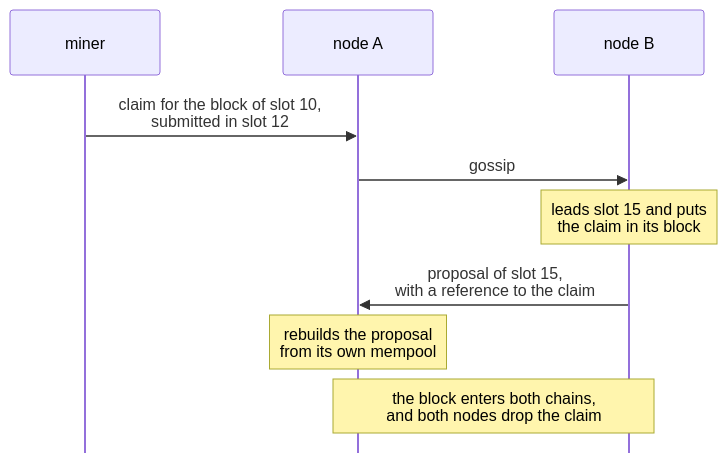
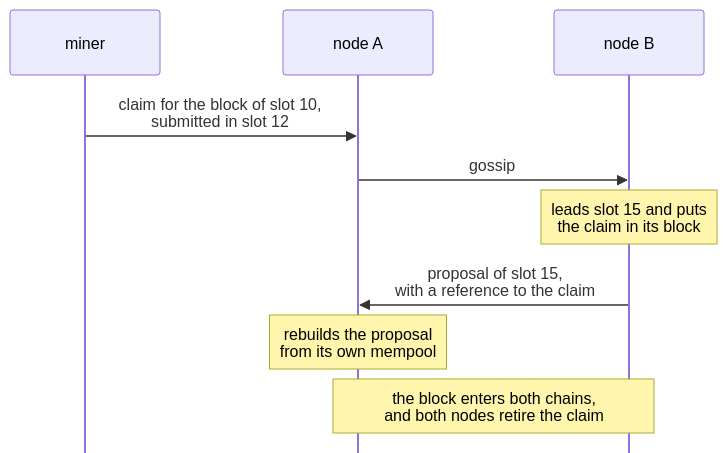
Before and after one commit to logos-co/logos-lips: the first of 3 diagrams in docs/blockchain/raw/mempool.md, drawn with Mermaid. The commit also changed other lines of this file and 1 other file, not shown here.

````diff
--- a/docs/blockchain/raw/mempool.md
+++ b/docs/blockchain/raw/mempool.md
@@ -45,17 +45,17 @@
 ```mermaid
 ---
 config:
   sequence:
     mirrorActors: false
 ---
 sequenceDiagram
     participant M as miner
     participant A as node A
     participant B as node B
     M->>A: claim for the block of slot 10,<br/>submitted in slot 12
     A->>B: gossip
     Note over B: leads slot 15 and puts<br/>the claim in its block
     B->>A: proposal of slot 15,<br/>with a reference to the claim
     Note over A: rebuilds the proposal<br/>from its own mempool
-    Note over A,B: the block enters both chains,<br/>and both nodes drop the claim
+    Note over A,B: the block enters both chains,<br/>and both nodes retire the claim
 ```
````
